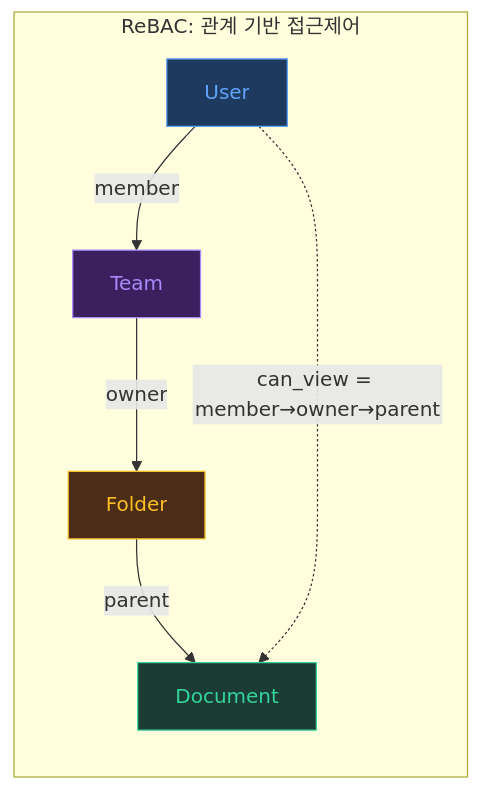
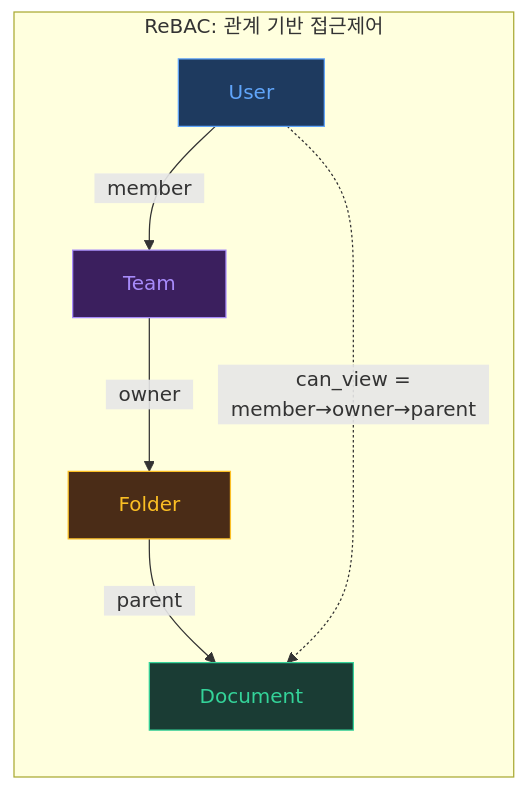
One commit to kinkos1234/sos changed the diagram in site/framework/index.md. Above: the diagram before and after it, drawn with Mermaid. The commit also changed 9 other files, not shown here.

Commit message:
style: perfect mermaid edge labels, optimize typography, fix dark mode bugs

````diff
--- a/site/framework/index.md
+++ b/site/framework/index.md
@@ -56,14 +56,14 @@
 ```mermaid
 graph LR
-    subgraph ReBAC["ReBAC: 관계 기반 접근제어"]
-        USER["User"] -->|member| TEAM["Team"]
-        TEAM -->|owner| FOLDER["Folder"]
-        FOLDER -->|parent| DOC["Document"]
-        USER -.->|"can_view = member→owner→parent"| DOC
+    subgraph ReBAC["&nbsp;&nbsp;ReBAC: 관계 기반 접근제어&nbsp;&nbsp;"]
+        USER["&nbsp;&nbsp;User&nbsp;&nbsp;"] -->|"&nbsp;&nbsp;member&nbsp;&nbsp;"| TEAM["&nbsp;&nbsp;Team&nbsp;&nbsp;"]
+        TEAM -->|"&nbsp;&nbsp;owner&nbsp;&nbsp;"| FOLDER["&nbsp;&nbsp;Folder&nbsp;&nbsp;"]
+        FOLDER -->|"&nbsp;&nbsp;parent&nbsp;&nbsp;"| DOC["&nbsp;&nbsp;Document&nbsp;&nbsp;"]
+        USER -.->|"&nbsp;&nbsp;can_view =&nbsp;&nbsp;<br/>&nbsp;&nbsp;member→owner→parent&nbsp;&nbsp;"| DOC
     end
 
     style USER fill:#1e3a5f,stroke:#60a5fa,color:#60a5fa
     style TEAM fill:#3b1f5e,stroke:#a78bfa,color:#a78bfa
     style FOLDER fill:#4a2c17,stroke:#fbbf24,color:#fbbf24
     style DOC fill:#1a3c34,stroke:#34d399,color:#34d399
 ```
````
